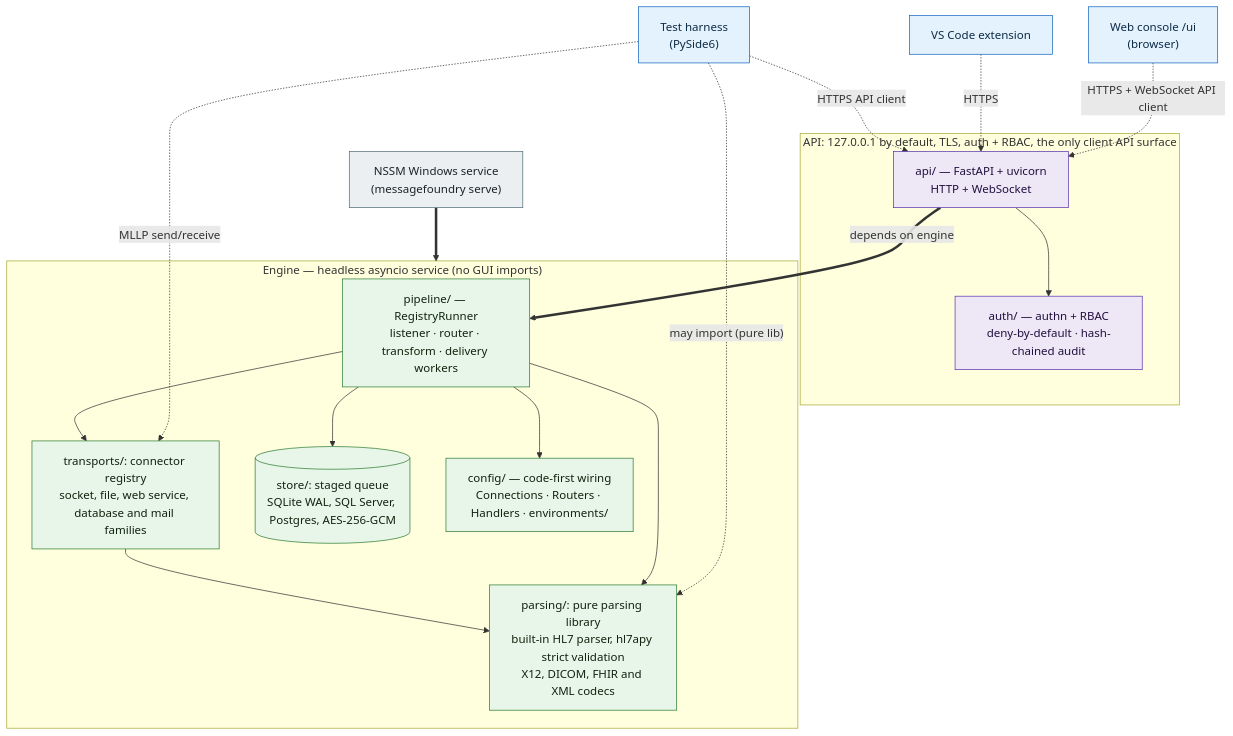
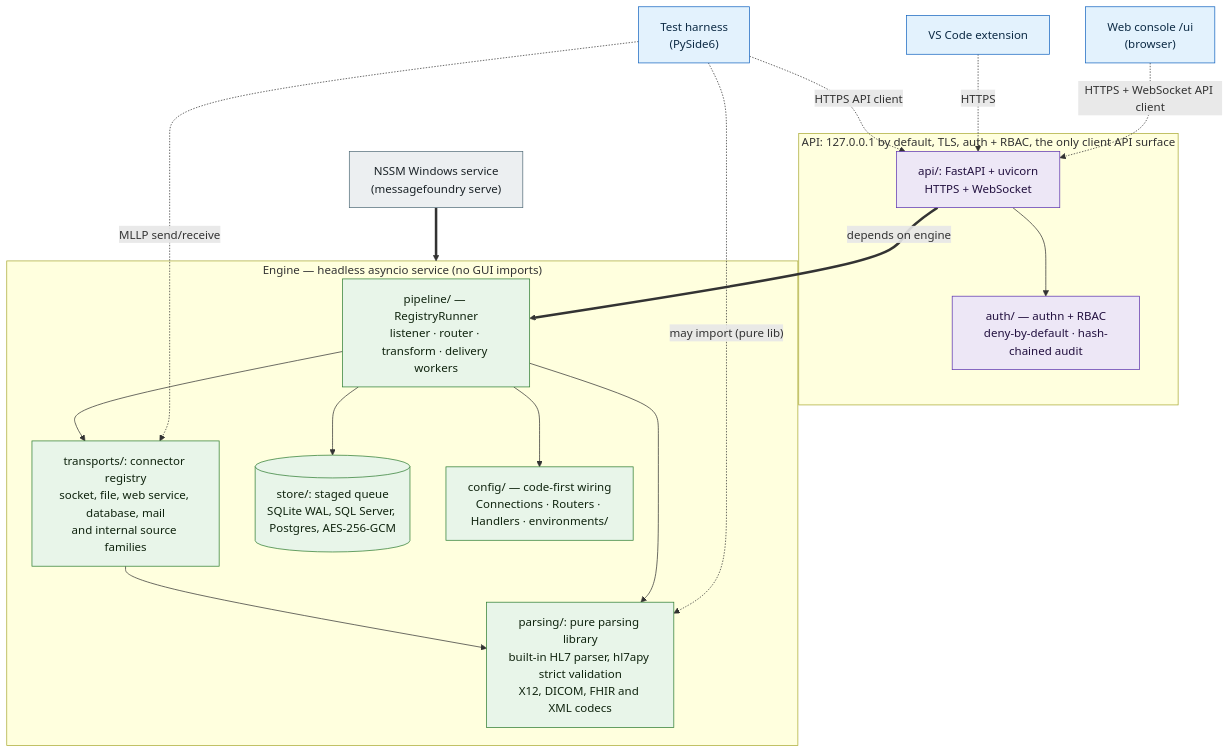
Before and after one commit to MEFORORG/MessageFoundry: the second of 4 diagrams in docs/architecture-diagram.md, drawn with Mermaid. The commit also changed other lines of this file, not shown here.

First line of the commit message:
docs(architecture): review fixes to the diagram labels and prose

````diff
--- a/docs/architecture-diagram.md
+++ b/docs/architecture-diagram.md
@@ -166,43 +167,43 @@
 ```mermaid
 flowchart TB
   classDef client fill:#e3f2fd,stroke:#1565c0,color:#0d2b45;
   classDef api fill:#ede7f6,stroke:#5e35b1,color:#22103f;
   classDef engine fill:#e8f5e9,stroke:#2e7d32,color:#10240f;
   classDef deploy fill:#eceff1,stroke:#546e7a,color:#1c2429;
 
   CON["Web console /ui<br/>(browser)"]:::client
   IDE["VS Code extension"]:::client
   HARNESS["Test harness<br/>(PySide6)"]:::client
 
   subgraph API_BND["API: 127.0.0.1 by default, TLS, auth + RBAC, the only client API surface"]
-    API["api/ — FastAPI + uvicorn<br/>HTTP + WebSocket"]:::api
+    API["api/: FastAPI + uvicorn<br/>HTTPS + WebSocket"]:::api
     AUTH["auth/ — authn + RBAC<br/>deny-by-default · hash-chained audit"]:::api
   end
 
   subgraph ENGINE["Engine — headless asyncio service (no GUI imports)"]
     PIPE["pipeline/ — RegistryRunner<br/>listener · router · transform · delivery workers"]:::engine
-    TRANS["transports/: connector registry<br/>socket, file, web service, database and mail families"]:::engine
+    TRANS["transports/: connector registry<br/>socket, file, web service, database, mail<br/>and internal source families"]:::engine
     PARSE["parsing/: pure parsing library<br/>built-in HL7 parser, hl7apy strict validation<br/>X12, DICOM, FHIR and XML codecs"]:::engine
     STORE[("store/: staged queue<br/>SQLite WAL, SQL Server, Postgres, AES-256-GCM")]:::engine
     CFG["config/ — code-first wiring<br/>Connections · Routers · Handlers · environments/"]:::engine
   end
 
   NSSM["NSSM Windows service<br/>(messagefoundry serve)"]:::deploy
 
   CON -.->|"HTTPS + WebSocket API client"| API
   IDE -.->|"HTTPS"| API
   HARNESS -.->|"HTTPS API client"| API
   HARNESS -.->|"MLLP send/receive"| TRANS
   HARNESS -.->|"may import (pure lib)"| PARSE
 
   API --> AUTH
   API ==>|"depends on engine"| PIPE
 
   PIPE --> TRANS
   PIPE --> PARSE
   PIPE --> STORE
   PIPE --> CFG
   TRANS --> PARSE
 
   NSSM ==> ENGINE
 ```
````
